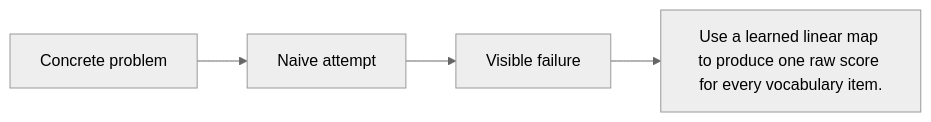
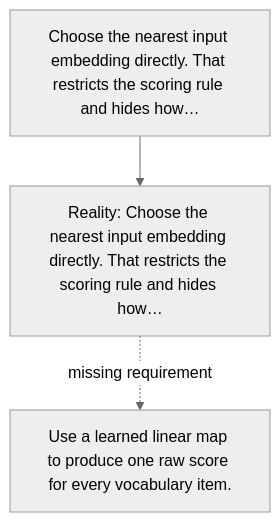
Before and after one commit to kleem-labs/AI-Archaeology: the diagram in excavations/041-logits/diagram.md, drawn with Mermaid (neutral theme). The commit also changed other lines of this file and 288 other files, not shown here.

````diff
--- a/excavations/041-logits/diagram.md
+++ b/excavations/041-logits/diagram.md
@@ -3,4 +5,5 @@
-~~~mermaid
-flowchart LR
- A[Concrete problem] --> B[Naive attempt] --> C[Visible failure] --> D["Use a learned linear map to produce one raw score for every vocabulary item."]
-~~~
+```mermaid
+flowchart TD
+    A["Choose the nearest input embedding directly. That restricts the scoring rule and hides how…"] --> B["Reality: Choose the nearest input embedding directly. That restricts the scoring rule and hides how…"]
+    B -. "missing requirement" .-> C["Use a learned linear map to produce one raw score for every vocabulary item."]
+```
````
